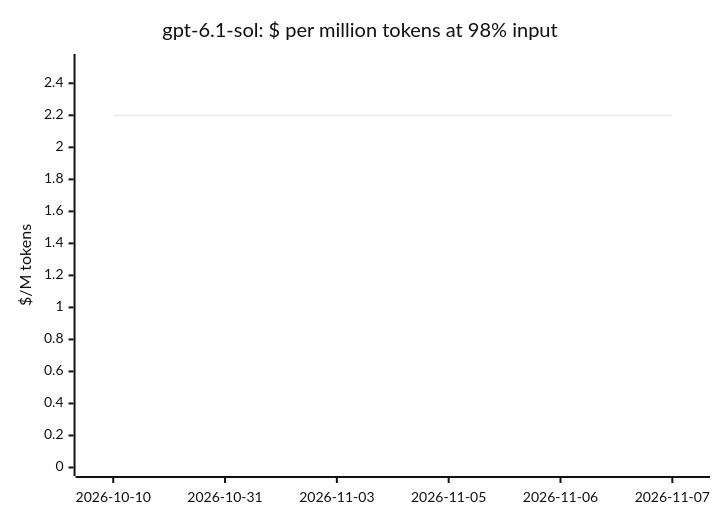
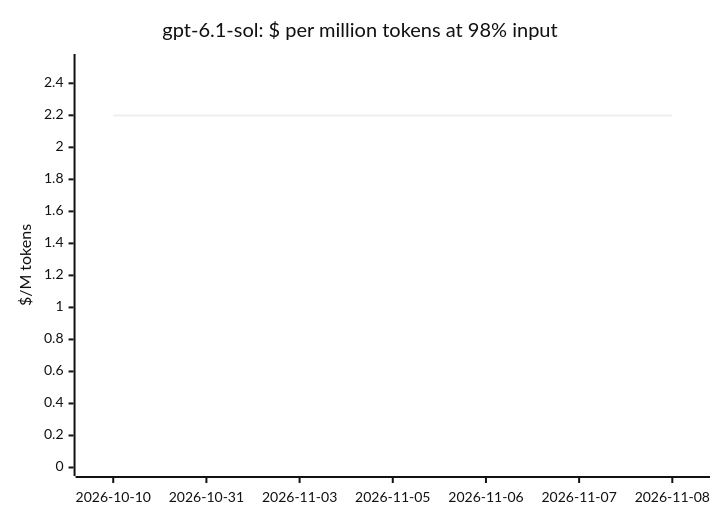
Before and after one commit to cklukas/OMEGA_TRANSFORM: diagram 13 of 20 in docs/openrouter-models.md, drawn with Mermaid (neutral theme). The commit also changed other lines of this file and 47 other files, not shown here.

````diff
--- a/docs/openrouter-models.md
+++ b/docs/openrouter-models.md
@@ -247,7 +250,7 @@
 ```mermaid
 xychart-beta
     title "gpt-6.1-sol: $ per million tokens at 98% input"
-    x-axis ["2026-10-10", "2026-10-31", "2026-11-03", "2026-11-05", "2026-11-06", "2026-11-07"]
+    x-axis ["2026-10-10", "2026-10-31", "2026-11-03", "2026-11-05", "2026-11-06", "2026-11-07", "2026-11-08"]
     y-axis "$/M tokens" 0 --> 2.53
-    line [2.199, 2.199, 2.199, 2.199, 2.199, 2.199]
+    line [2.199, 2.199, 2.199, 2.199, 2.199, 2.199, 2.199]
 ```
````
